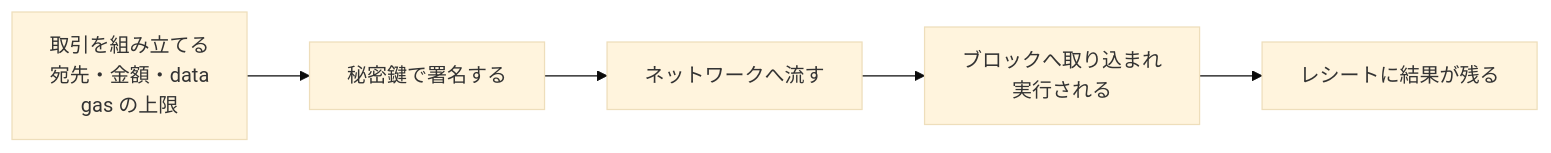
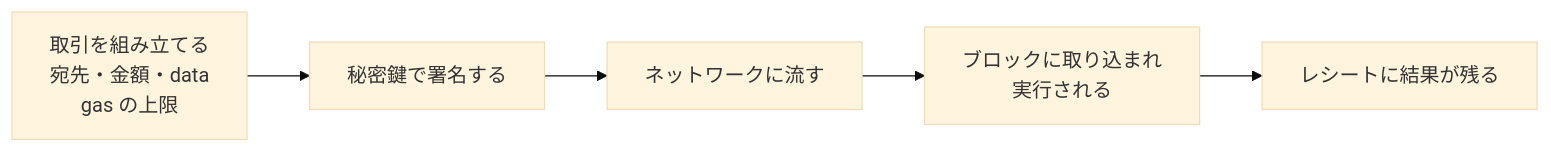
Before and after one commit to nao1215/debimate: the first of 6 diagrams in content/notes/blockchain-systems/ethereum-transaction/index.md, drawn with Mermaid (base theme). The commit also changed other lines of this file and 46 other files, not shown here.

````diff
--- a/content/notes/blockchain-systems/ethereum-transaction/index.md
+++ b/content/notes/blockchain-systems/ethereum-transaction/index.md
@@ -20,7 +20,7 @@
 ```mermaid
 flowchart LR
     A["取引を組み立てる<br/>宛先・金額・data<br/>gas の上限"] --> B["秘密鍵で署名する"]
-    B --> C["ネットワークへ流す"]
-    C --> D["ブロックへ取り込まれ<br/>実行される"]
+    B --> C["ネットワークに流す"]
+    C --> D["ブロックに取り込まれ<br/>実行される"]
     D --> E["レシートに結果が残る"]
 ```
````
